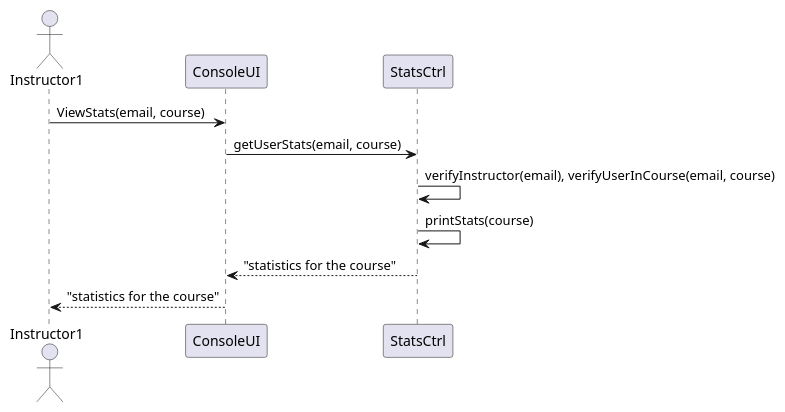
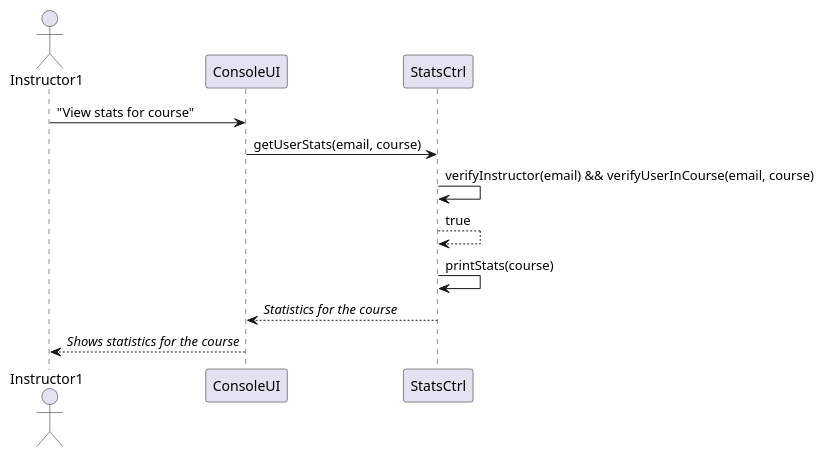
Before and after one commit to kavusiks/ForumDatabase: the diagram in Piazza/src/Documentations/UC5ViewStats_SequencelDiagram.puml, drawn with PlantUML. The commit also changed 5 other files, not shown here.

```diff
--- a/Piazza/src/Documentations/UC5ViewStats_SequencelDiagram.puml
+++ b/Piazza/src/Documentations/UC5ViewStats_SequencelDiagram.puml
@@ -1,9 +1,10 @@
 @startuml
 Actor Instructor1
-Instructor1 -> ConsoleUI: ViewStats(email, course)
+Instructor1 -> ConsoleUI: "View stats for course"
 ConsoleUI -> StatsCtrl: getUserStats(email, course)
-StatsCtrl -> StatsCtrl: verifyInstructor(email), verifyUserInCourse(email, course)
+StatsCtrl -> StatsCtrl: verifyInstructor(email) && verifyUserInCourse(email, course)
+StatsCtrl --> StatsCtrl: true
 StatsCtrl -> StatsCtrl: printStats(course)
-StatsCtrl --> ConsoleUI: "statistics for the course"
-ConsoleUI --> Instructor1: "statistics for the course"
+StatsCtrl --> ConsoleUI: //Statistics for the course//
+ConsoleUI --> Instructor1: //Shows statistics for the course//
 @enduml
```
